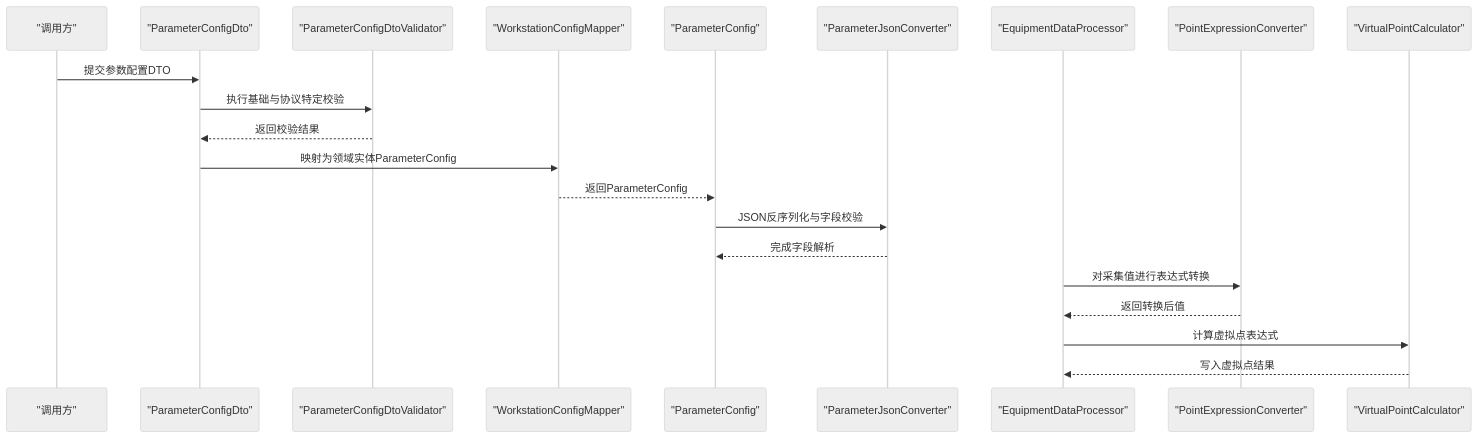
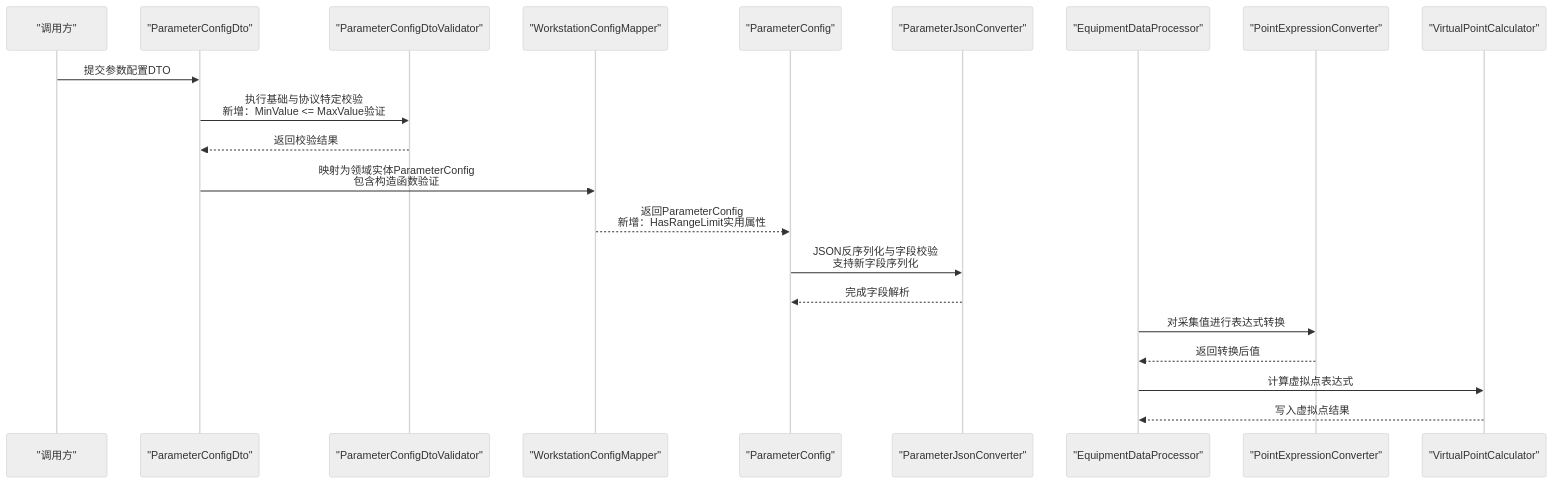
Before and after one commit to whitemousetl/IndustrialDataSolution: the second of 7 diagrams in .qoder/repowiki/zh/content/领域模型设计/参数配置模型.md, drawn with Mermaid (neutral theme). The commit also changed other lines of this file and 18 other files, not shown here.

````diff
--- a/.qoder/repowiki/zh/content/领域模型设计/参数配置模型.md
+++ b/.qoder/repowiki/zh/content/领域模型设计/参数配置模型.md
@@ -137,23 +138,23 @@
 ```mermaid
 sequenceDiagram
 participant UI as "调用方"
 participant DTO as "ParameterConfigDto"
 participant VAL as "ParameterConfigDtoValidator"
 participant MAP as "WorkstationConfigMapper"
 participant ENT as "ParameterConfig"
 participant PJC as "ParameterJsonConverter"
 participant EDP as "EquipmentDataProcessor"
 participant PEC as "PointExpressionConverter"
 participant VPC as "VirtualPointCalculator"
 UI->>DTO : 提交参数配置DTO
-DTO->>VAL : 执行基础与协议特定校验
+DTO->>VAL : 执行基础与协议特定校验<br/>新增：MinValue <= MaxValue验证
 VAL-->>DTO : 返回校验结果
-DTO->>MAP : 映射为领域实体ParameterConfig
-MAP-->>ENT : 返回ParameterConfig
-ENT->>PJC : JSON反序列化与字段校验
+DTO->>MAP : 映射为领域实体ParameterConfig<br/>包含构造函数验证
+MAP-->>ENT : 返回ParameterConfig<br/>新增：HasRangeLimit实用属性
+ENT->>PJC : JSON反序列化与字段校验<br/>支持新字段序列化
 PJC-->>ENT : 完成字段解析
 EDP->>PEC : 对采集值进行表达式转换
 PEC-->>EDP : 返回转换后值
 EDP->>VPC : 计算虚拟点表达式
 VPC-->>EDP : 写入虚拟点结果
 ```
````
